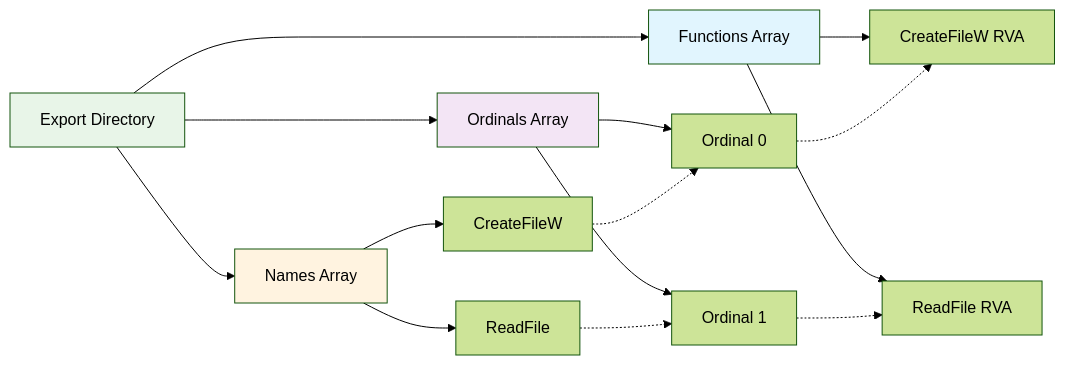
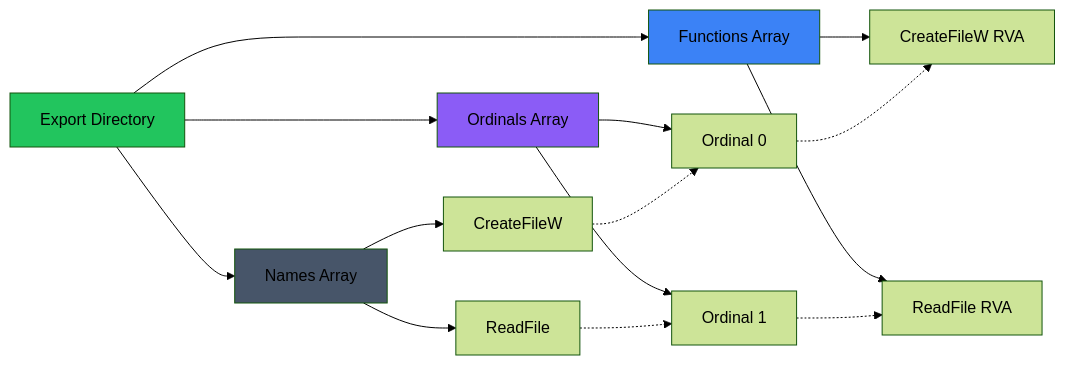
Before and after one commit to usuiWind/Windows-Import-Resolver: the fourth of 11 diagrams in diagrams.md, drawn with Mermaid (forest theme). The commit also changed other lines of this file, not shown here.

````diff
--- a/diagrams.md
+++ b/diagrams.md
@@ -81,25 +79,25 @@
 ```mermaid
 graph LR
     A[Export Directory] --> B[Functions Array]
     A --> C[Names Array]  
     A --> D[Ordinals Array]
     
     B --> B1[CreateFileW RVA]
     B --> B2[ReadFile RVA]
     
     C --> C1["CreateFileW"]
     C --> C2["ReadFile"]
     
     D --> D1[Ordinal 0]
     D --> D2[Ordinal 1]
     
     C1 -.-> D1
     C2 -.-> D2
     D1 -.-> B1
     D2 -.-> B2
     
-    style A fill:#e8f5e8
-    style B fill:#e1f5fe
-    style C fill:#fff3e0
-    style D fill:#f3e5f5
+    style A fill:#22c55e
+    style B fill:#3b82f6
+    style C fill:#475569
+    style D fill:#8b5cf6
 ```
````
